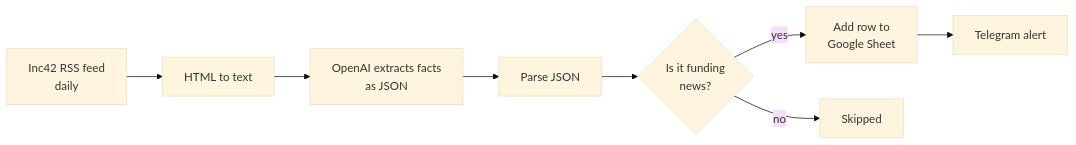
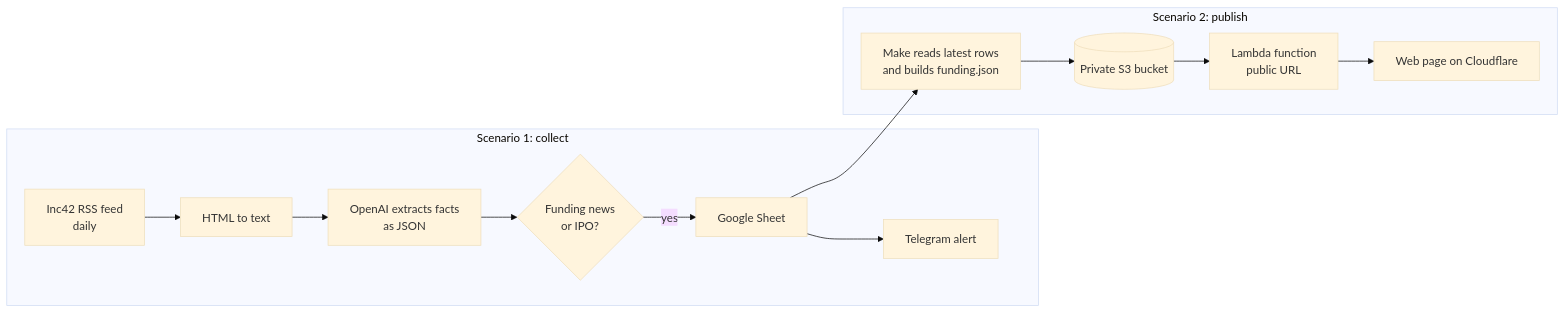
One commit to adi9999sri/funding-radar changed the diagram in README.md. Above: the diagram before and after it, drawn with Mermaid (base theme). The commit also changed other lines of this file and 2 other files, not shown here.

````diff
--- a/README.md
+++ b/README.md
@@ -11,10 +15,16 @@
 ```mermaid
 flowchart LR
+    subgraph Scenario 1: collect
     A[Inc42 RSS feed<br/>daily] --> B[HTML to text]
     B --> C[OpenAI extracts facts<br/>as JSON]
-    C --> D[Parse JSON]
-    D --> E{Is it funding<br/>news?}
-    E -- yes --> F[Add row to<br/>Google Sheet]
-    F --> G[Telegram alert]
-    E -- no --> H[Skipped]
+    C --> D{Funding news<br/>or IPO?}
+    D -- yes --> E[Google Sheet]
+    E --> F[Telegram alert]
+    end
+    subgraph Scenario 2: publish
+    E --> G[Make reads latest rows<br/>and builds funding.json]
+    G --> H[(Private S3 bucket)]
+    H --> I[Lambda function<br/>public URL]
+    I --> J[Web page on Cloudflare]
+    end
 ```
````
